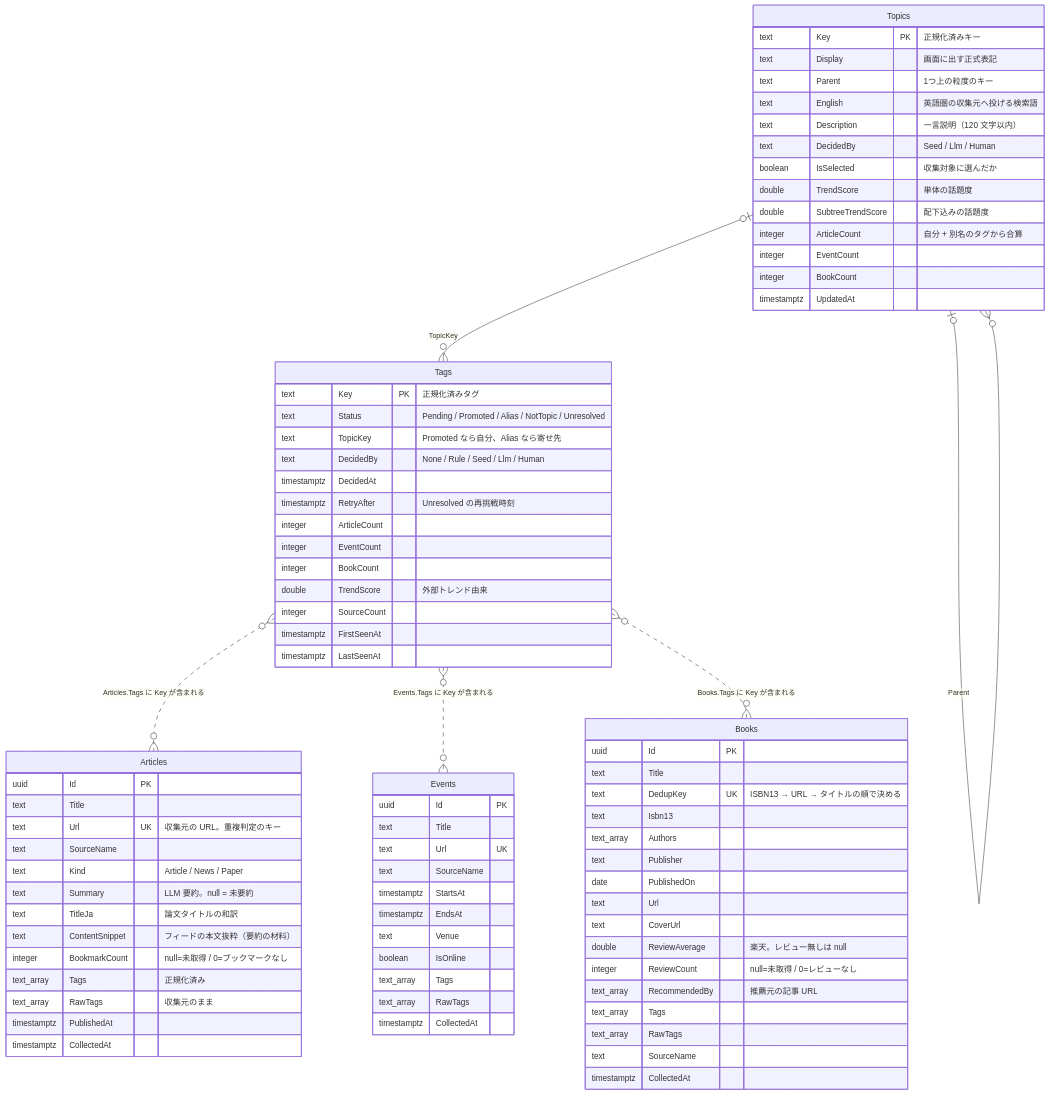
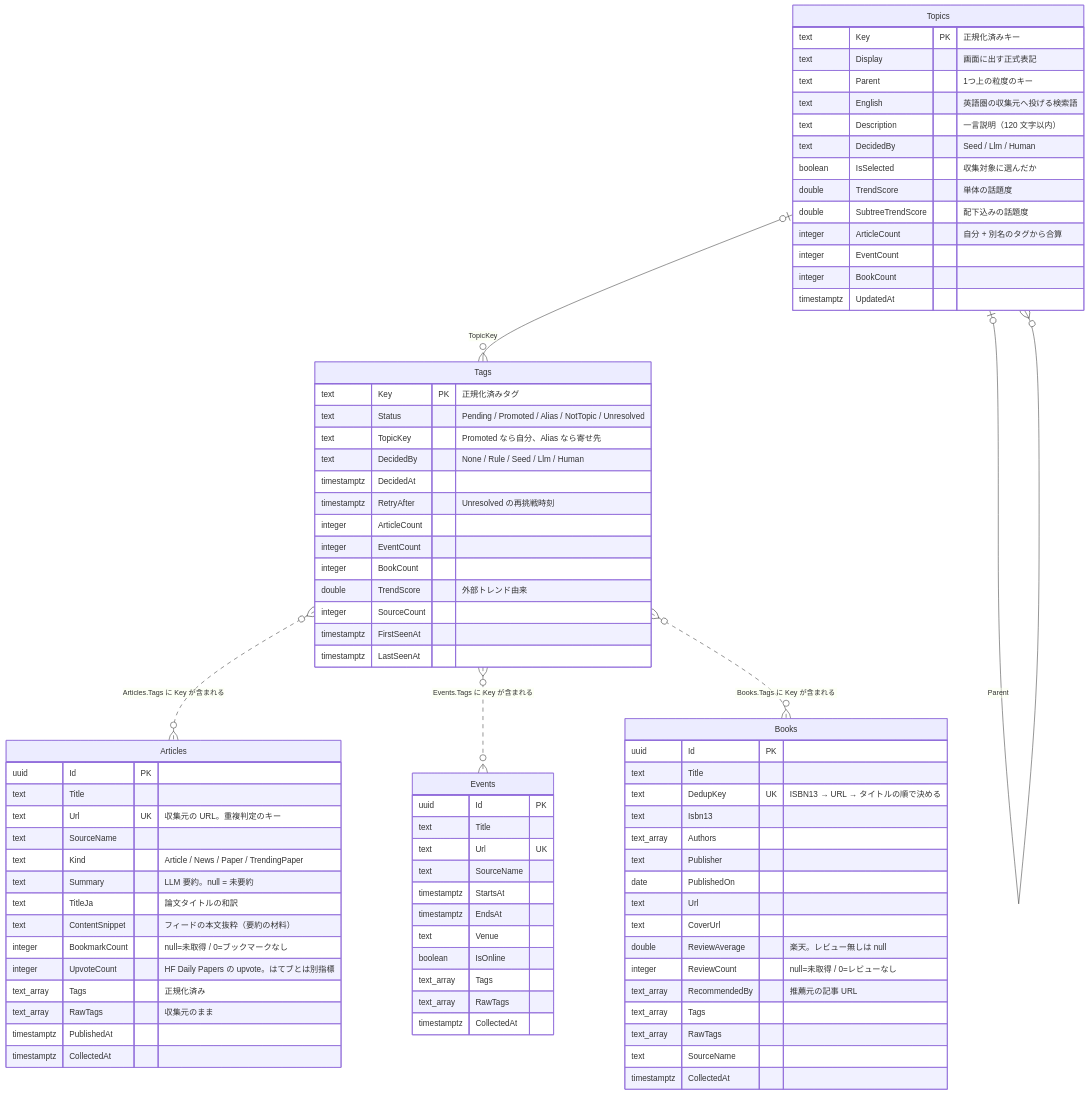
The first of 2 diagrams in docs/database.md (rtcode337/tech-antenna), drawn with Mermaid before and after one commit. The commit also changed other lines of this file and 46 other files, not shown here.

```diff
--- a/docs/database.md
+++ b/docs/database.md
@@ -22,11 +22,12 @@
         text Title
         text Url UK "収集元の URL。重複判定のキー"
         text SourceName
-        text Kind "Article / News / Paper"
+        text Kind "Article / News / Paper / TrendingPaper"
         text Summary "LLM 要約。null = 未要約"
         text TitleJa "論文タイトルの和訳"
         text ContentSnippet "フィードの本文抜粋（要約の材料）"
         integer BookmarkCount "null=未取得 / 0=ブックマークなし"
+        integer UpvoteCount "HF Daily Papers の upvote。はてブとは別指標"
         text_array Tags "正規化済み"
         text_array RawTags "収集元のまま"
         timestamptz PublishedAt
```
